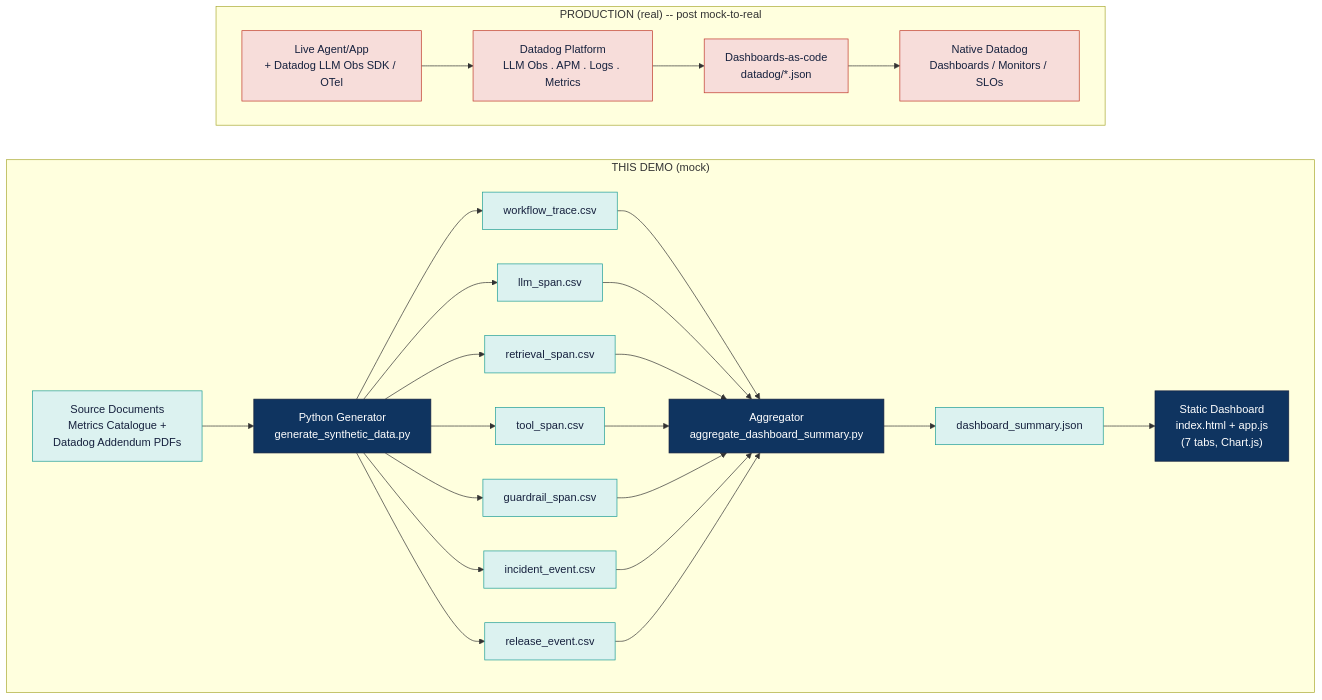
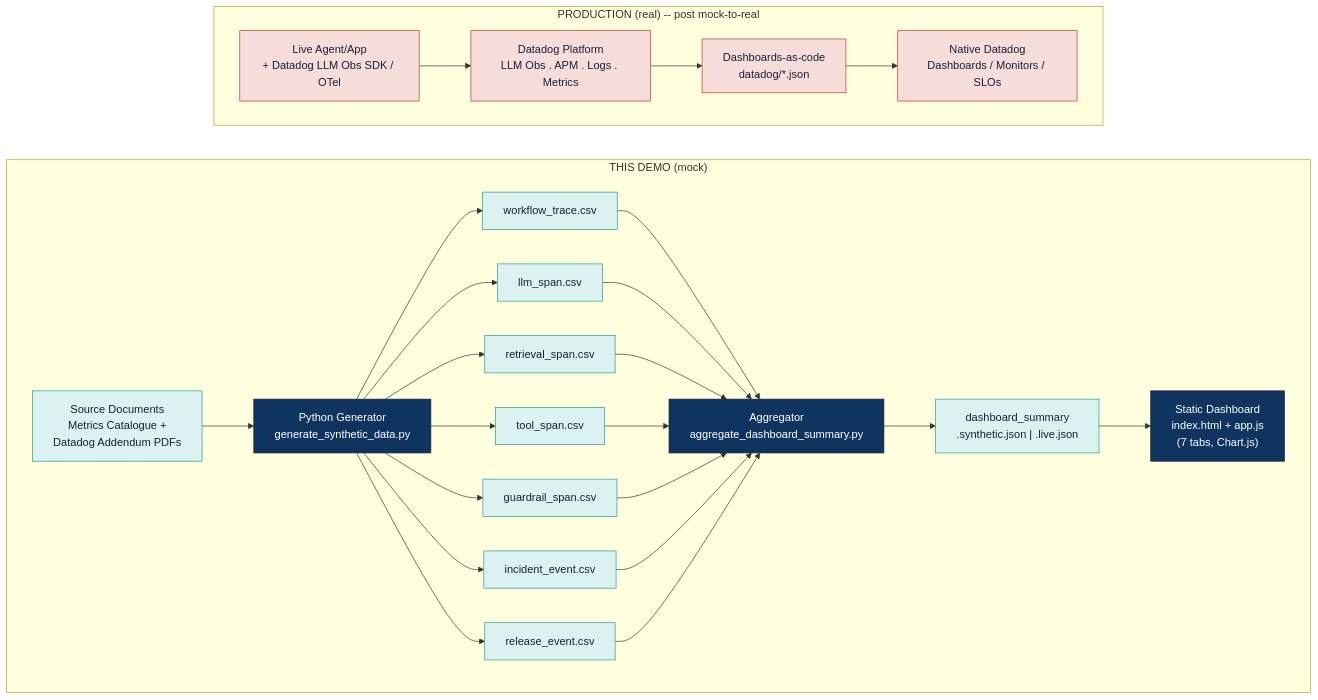
Before and after one commit to getamazednow/genai-observability-demo: the second of 6 diagrams in training/diagrams/README.md, drawn with Mermaid. The commit also changed 5 other files, not shown here.

First line of the commit message:
Align docs and training material with the Synthetic|Live toggle

````diff
--- a/training/diagrams/README.md
+++ b/training/diagrams/README.md
@@ -49,33 +49,33 @@
 ```mermaid
 flowchart LR
     subgraph MOCK["THIS DEMO (mock)"]
         direction LR
         SRC["Source Documents<br/>Metrics Catalogue +<br/>Datadog Addendum PDFs"] --> GEN["Python Generator<br/>generate_synthetic_data.py"]
         GEN --> S1["workflow_trace.csv"]
         GEN --> S2["llm_span.csv"]
         GEN --> S3["retrieval_span.csv"]
         GEN --> S4["tool_span.csv"]
         GEN --> S5["guardrail_span.csv"]
         GEN --> S6["incident_event.csv"]
         GEN --> S7["release_event.csv"]
         S1 & S2 & S3 & S4 & S5 & S6 & S7 --> AGG["Aggregator<br/>aggregate_dashboard_summary.py"]
-        AGG --> JSON["dashboard_summary.json"]
+        AGG --> JSON["dashboard_summary<br/>.synthetic.json | .live.json"]
         JSON --> DASH["Static Dashboard<br/>index.html + app.js<br/>(7 tabs, Chart.js)"]
     end
 
     subgraph REAL["PRODUCTION (real) -- post mock-to-real"]
         direction LR
         LIVE["Live Agent/App<br/>+ Datadog LLM Obs SDK / OTel"] --> DD["Datadog Platform<br/>LLM Obs . APM . Logs . Metrics"]
         DD --> DAC["Dashboards-as-code<br/>datadog/*.json"]
         DAC --> NDD["Native Datadog<br/>Dashboards / Monitors / SLOs"]
     end
 
     classDef mockNode fill:#DCF2F0,stroke:#1F9E97,color:#16213E
     classDef genNode fill:#0F3460,stroke:#16213E,color:#fff
     classDef realNode fill:#F7DDDA,stroke:#C0392B,color:#16213E
     class S1,S2,S3,S4,S5,S6,S7 mockNode
     class GEN,AGG,DASH genNode
     class JSON mockNode
     class SRC mockNode
     class LIVE,DD,DAC,NDD realNode
 ```
````
